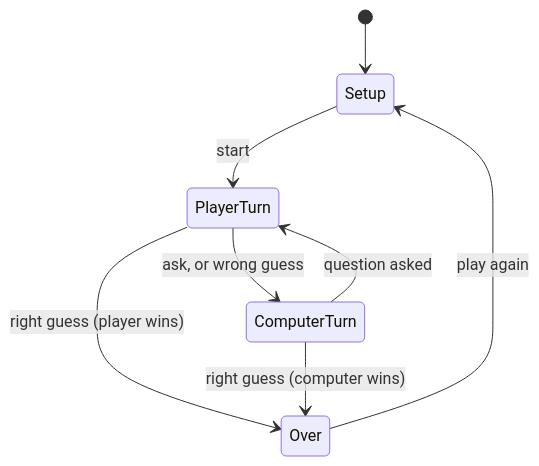
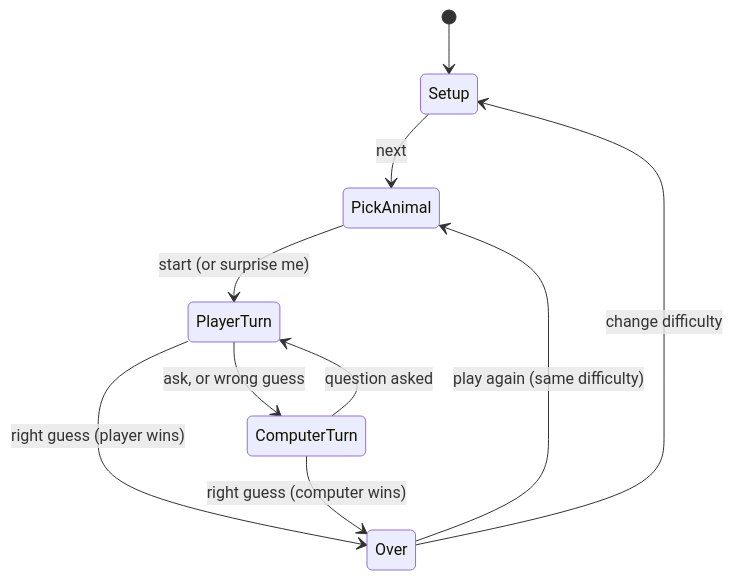
Before and after one commit to medhinioak/portfolio: the diagram in docs/game/spec.md, drawn with Mermaid. The commit also changed other lines of this file and 24 other files, not shown here.

````diff
--- a/docs/game/spec.md
+++ b/docs/game/spec.md
@@ -57,10 +63,12 @@
 ```mermaid
 stateDiagram-v2
     [*] --> Setup
-    Setup --> PlayerTurn: start
+    Setup --> PickAnimal: next
+    PickAnimal --> PlayerTurn: start (or surprise me)
     PlayerTurn --> ComputerTurn: ask, or wrong guess
     PlayerTurn --> Over: right guess (player wins)
     ComputerTurn --> PlayerTurn: question asked
     ComputerTurn --> Over: right guess (computer wins)
-    Over --> Setup: play again
+    Over --> PickAnimal: play again (same difficulty)
+    Over --> Setup: change difficulty
 ```
````
